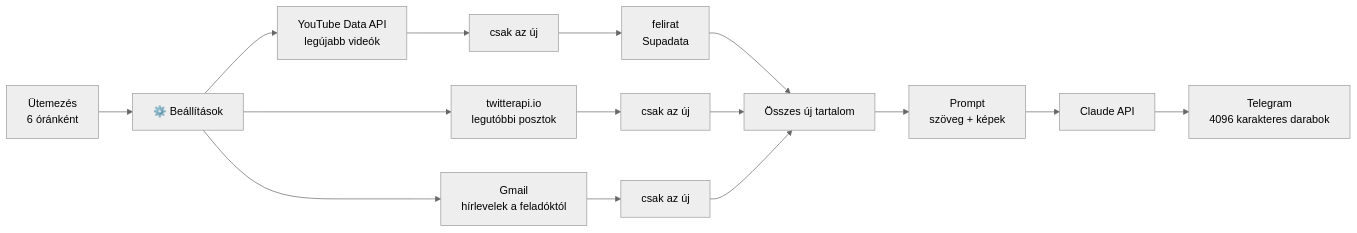
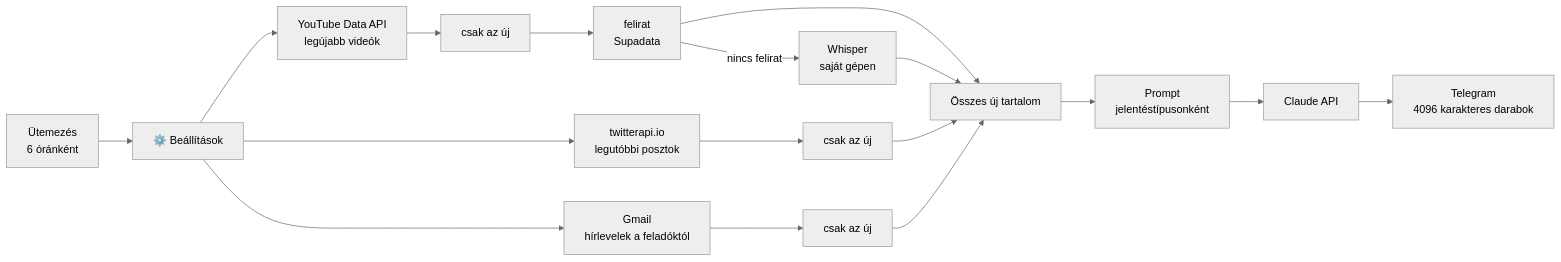
Before and after one commit to Jhanee01/n8n-content-digest: the diagram in README.hu.md, drawn with Mermaid (neutral theme). The commit also changed other lines of this file and 7 other files, not shown here.

````diff
--- a/README.hu.md
+++ b/README.hu.md
@@ -17,14 +25,16 @@
 ```mermaid
 flowchart LR
     T[Ütemezés<br/>6 óránként] --> C[⚙️ Beállítások]
     C --> YT[YouTube Data API<br/>legújabb videók]
     C --> X[twitterapi.io<br/>legutóbbi posztok]
     C --> M[Gmail<br/>hírlevelek a feladóktól]
     YT --> D1[csak az új] --> S[felirat<br/>Supadata]
+    S -->|nincs felirat| W[Whisper<br/>saját gépen]
     X --> D2[csak az új]
     M --> D3[csak az új]
     S --> MG[Összes új tartalom]
+    W --> MG
     D2 --> MG
     D3 --> MG
-    MG --> P[Prompt<br/>szöveg + képek] --> AI[Claude API] --> TG[Telegram<br/>4096 karakteres darabok]
+    MG --> P[Prompt<br/>jelentéstípusonként] --> AI[Claude API] --> TG[Telegram<br/>4096 karakteres darabok]
 ```
````
